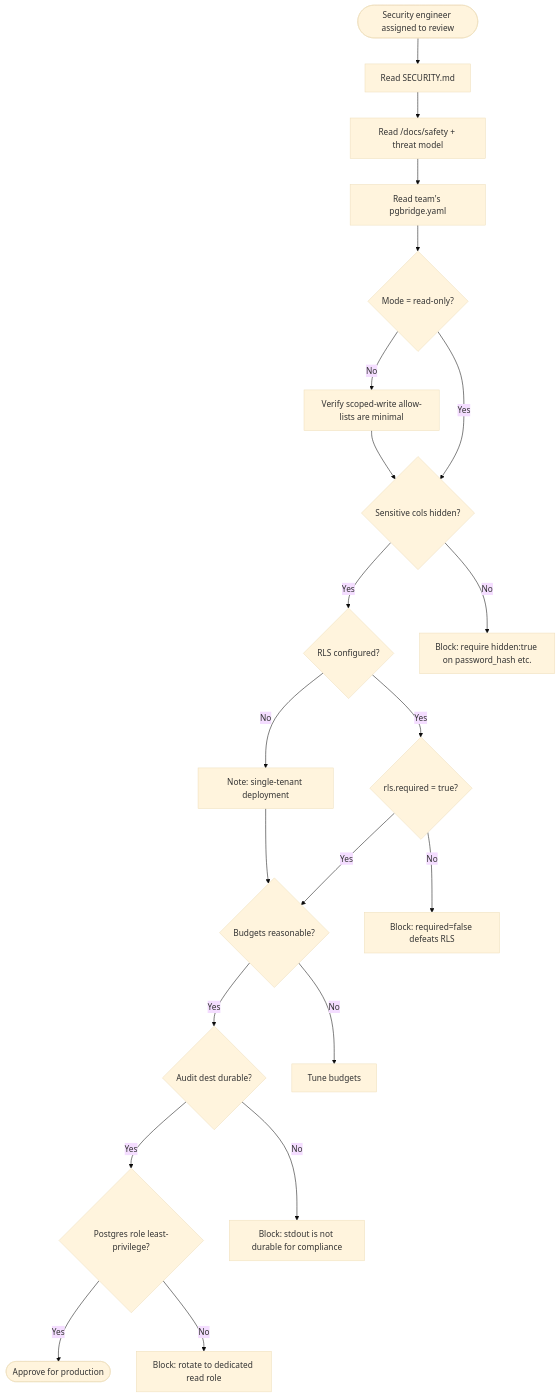
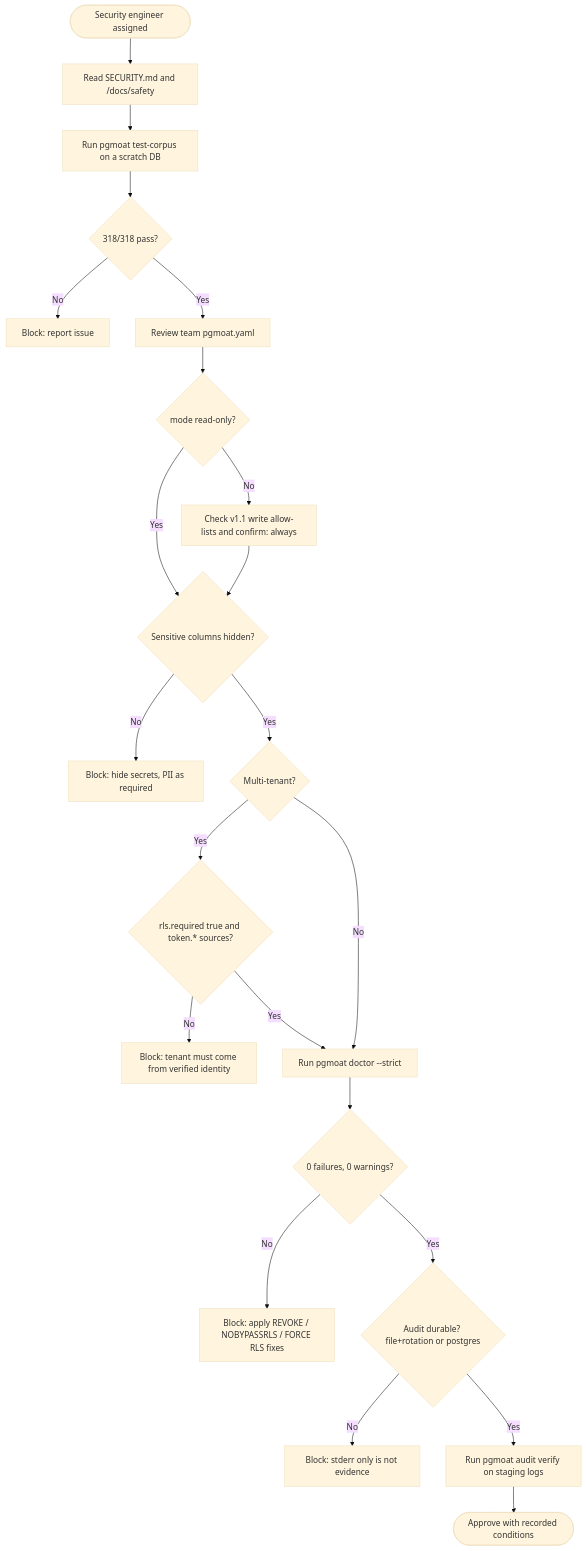
The fourth of 14 diagrams in pgmoat-appflow.md (Kitalon-Labs-LLC/pgmoat), drawn with Mermaid (base theme) before and after one commit. The commit also changed other lines of this file and 11 other files, not shown here.

````diff
--- a/pgmoat-appflow.md
+++ b/pgmoat-appflow.md
@@ -93,23 +76,24 @@
 ```mermaid
 flowchart TD
-    Start([Security engineer assigned to review]) --> ReadSec[Read SECURITY.md]
-    ReadSec --> ReadSafety[Read /docs/safety + threat model]
-    ReadSafety --> ReadConfig[Read team's pgbridge.yaml]
-    ReadConfig --> Q1{Mode = read-only?}
-    Q1 -- No --> CheckWrites[Verify scoped-write allow-lists are minimal]
-    Q1 -- Yes --> Q2{Sensitive cols hidden?}
-    CheckWrites --> Q2
-    Q2 -- Yes --> Q3{RLS configured?}
-    Q2 -- No --> Block1[Block: require hidden:true on password_hash etc.]
-    Q3 -- Yes --> Q4{rls.required = true?}
-    Q3 -- No --> Note1[Note: single-tenant deployment]
-    Q4 -- Yes --> Q5{Budgets reasonable?}
-    Q4 -- No --> Block2[Block: required=false defeats RLS]
-    Q5 -- Yes --> Q6{Audit dest durable?}
-    Q5 -- No --> Adjust[Tune budgets]
-    Q6 -- Yes --> Q7{Postgres role least-privilege?}
-    Q6 -- No --> Block3[Block: stdout is not durable for compliance]
-    Q7 -- Yes --> Approve([Approve for production])
-    Q7 -- No --> Block4[Block: rotate to dedicated read role]
-    Note1 --> Q5
+    S([Security engineer assigned]) --> A[Read SECURITY.md and /docs/safety]
+    A --> B[Run pgmoat test-corpus on a scratch DB]
+    B --> C{318/318 pass?}
+    C -- No --> X[Block: report issue]
+    C -- Yes --> D[Review team pgmoat.yaml]
+    D --> E{mode read-only?}
+    E -- No --> E2[Check v1.1 write allow-lists and confirm: always]
+    E -- Yes --> F{Sensitive columns hidden?}
+    E2 --> F
+    F -- No --> X2[Block: hide secrets, PII as required]
+    F -- Yes --> G{Multi-tenant?}
+    G -- Yes --> H{rls.required true and token.* sources?}
+    H -- No --> X3[Block: tenant must come from verified identity]
+    H -- Yes --> I[Run pgmoat doctor --strict]
+    G -- No --> I
+    I --> J{0 failures, 0 warnings?}
+    J -- No --> X4[Block: apply REVOKE / NOBYPASSRLS / FORCE RLS fixes]
+    J -- Yes --> K{Audit durable? file+rotation or postgres}
+    K -- No --> X5[Block: stderr only is not evidence]
+    K -- Yes --> L[Run pgmoat audit verify on staging logs]
+    L --> M([Approve with recorded conditions])
 ```
````
